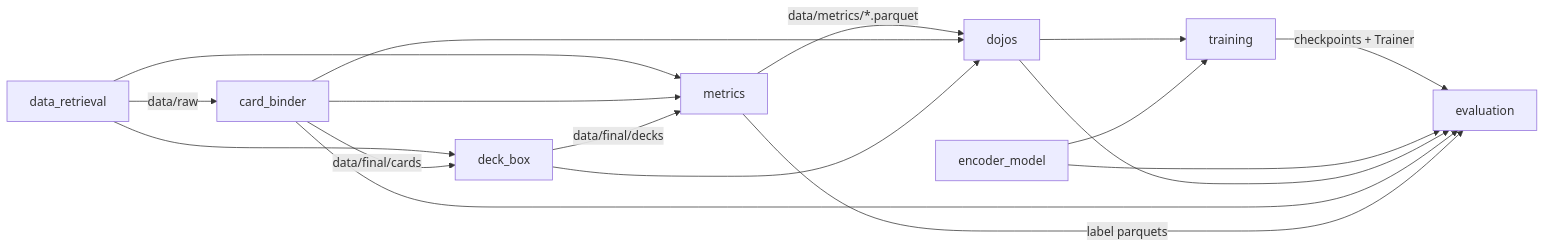
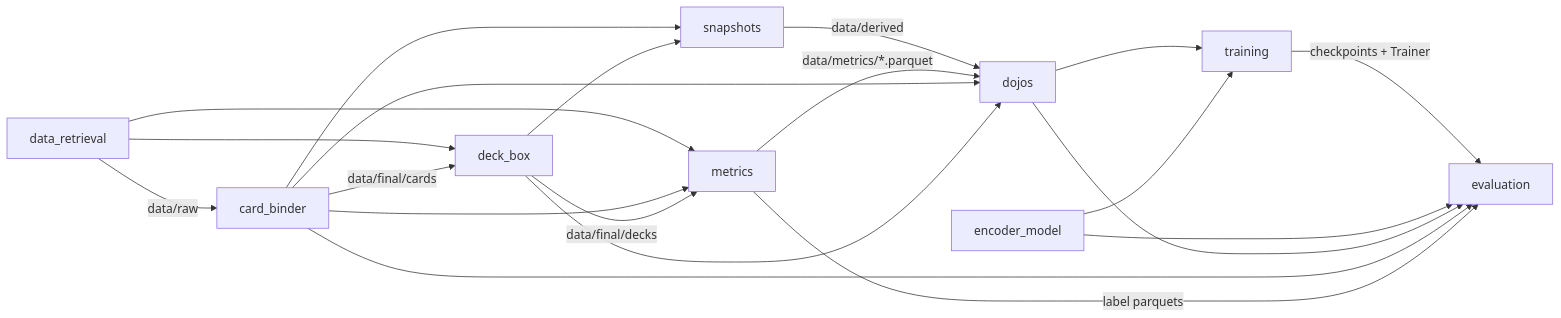
One commit to toon-leader-bacon/TradingCardGameEmbeddings changed the diagram in src/README.md. Above: the diagram before and after it, drawn with Mermaid. The commit also changed 36 other files, not shown here.

````diff
--- a/src/README.md
+++ b/src/README.md
@@ -11,19 +11,22 @@
 ```mermaid
 flowchart LR
     R[data_retrieval] -->|data/raw| CB[card_binder]
     R --> DB[deck_box]
     R --> M[metrics]
     CB -->|data/final/cards| DB
     CB --> M
     DB -->|data/final/decks| M
+    CB --> S[snapshots]
+    DB --> S
+    S -->|data/derived| D
     M -->|data/metrics/*.parquet| D[dojos]
     CB --> D
     DB --> D
     D --> T[training]
     E[encoder_model] --> T
     T -->|checkpoints + Trainer| V[evaluation]
     E --> V
     D --> V
     CB --> V
     M -->|label parquets| V
 ```
````
